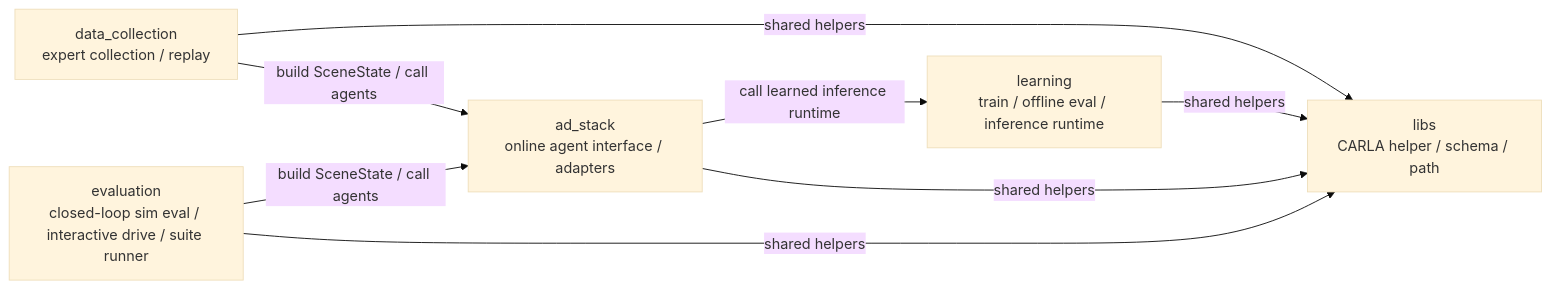
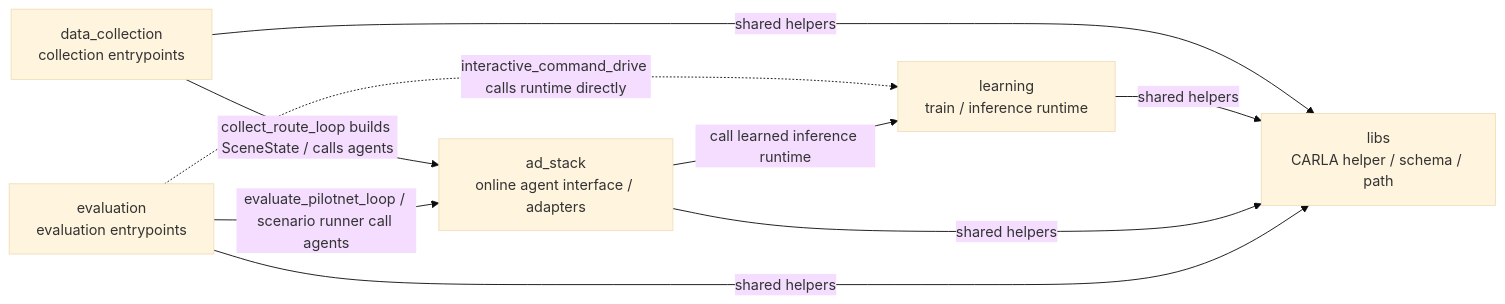
The diagram in docs/DIRECTORY_RELATIONSHIPS.md (masahiro-kubota/carla_alpamayo), drawn with Mermaid (base theme) before and after one commit. The commit also changed other lines of this file and 12 other files, not shown here.

````diff
--- a/docs/DIRECTORY_RELATIONSHIPS.md
+++ b/docs/DIRECTORY_RELATIONSHIPS.md
@@ -12,13 +12,13 @@
 ```mermaid
 flowchart LR
-  data_collection["data_collection<br/>expert collection / replay"] -->|build SceneState / call agents| ad_stack["ad_stack<br/>online agent interface / adapters"]
-  evaluation["evaluation<br/>closed-loop sim eval / interactive drive / suite runner"] -->|build SceneState / call agents| ad_stack
-  learning["learning<br/>train / offline eval / inference runtime"]
+  data_collection["data_collection<br/>collection entrypoints"] -->|collect_route_loop builds SceneState / calls agents| ad_stack["ad_stack<br/>online agent interface / adapters"]
+  evaluation["evaluation<br/>evaluation entrypoints"] -->|evaluate_pilotnet_loop / scenario runner call agents| ad_stack
+  evaluation -.interactive_command_drive calls runtime directly.-> learning["learning<br/>train / inference runtime"]
 
   ad_stack -->|call learned inference runtime| learning
 
   data_collection -->|shared helpers| libs["libs<br/>CARLA helper / schema / path"]
   learning -->|shared helpers| libs
   ad_stack -->|shared helpers| libs
   evaluation -->|shared helpers| libs
 ```
````
